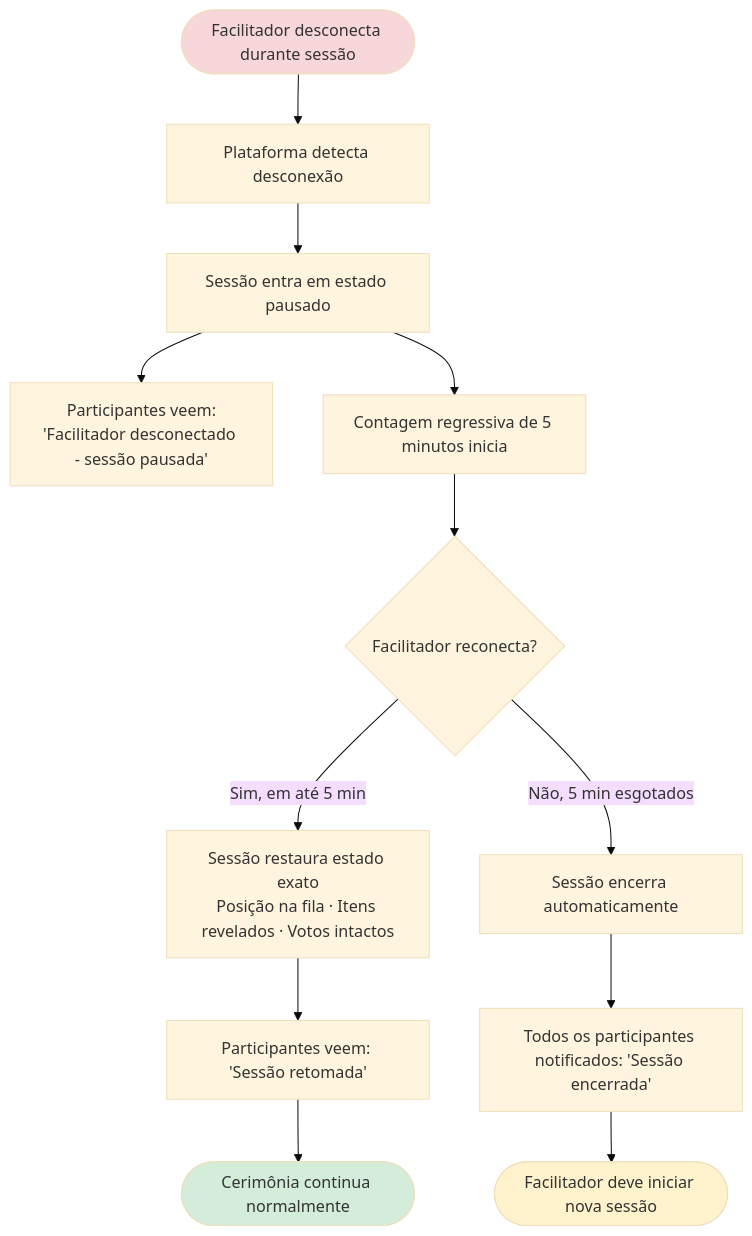
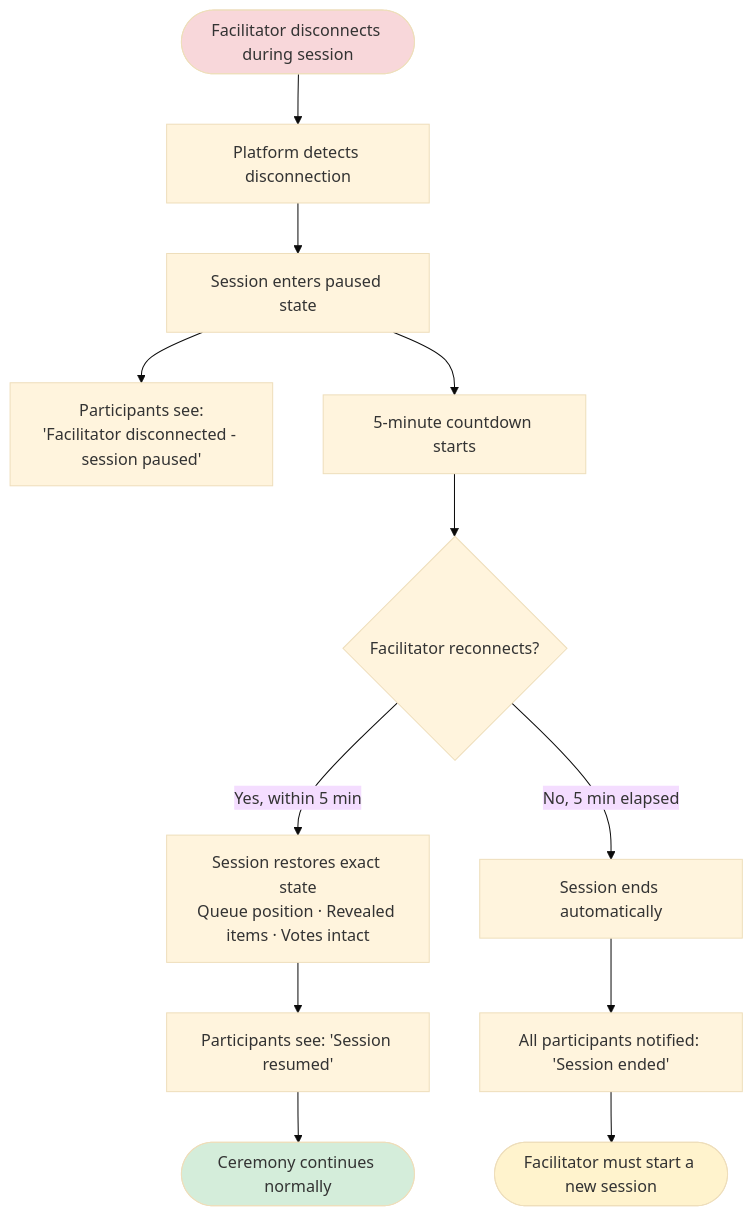
One commit to hugo-hsbtech/teamwork-process changed the fourth of 5 diagrams in docs/use-cases/case-poker/06.1-product-backlog-queue-voting.md. Above: the diagram before and after it, drawn with Mermaid (base theme). The commit also changed other lines of this file and 63 other files, not shown here.

````diff
--- a/docs/use-cases/case-poker/06.1-product-backlog-queue-voting.md
+++ b/docs/use-cases/case-poker/06.1-product-backlog-queue-voting.md
@@ -133,20 +133,20 @@
 ```mermaid
 flowchart TD
-    A([Facilitador desconecta durante sessão]) --> B[Plataforma detecta desconexão]
-    B --> C[Sessão entra em estado pausado]
-    C --> D[Participantes veem:\n'Facilitador desconectado - sessão pausada']
-    C --> E[Contagem regressiva de 5 minutos inicia]
+    A([Facilitator disconnects during session]) --> B[Platform detects disconnection]
+    B --> C[Session enters paused state]
+    C --> D[Participants see:\n'Facilitator disconnected - session paused']
+    C --> E[5-minute countdown starts]
 
-    E --> F{Facilitador reconecta?}
-    F -- Sim, em até 5 min --> G[Sessão restaura estado exato\nPosição na fila · Itens revelados · Votos intactos]
-    G --> H[Participantes veem: 'Sessão retomada']
-    H --> I([Cerimônia continua normalmente])
+    E --> F{Facilitator reconnects?}
+    F -- Yes, within 5 min --> G[Session restores exact state\nQueue position · Revealed items · Votes intact]
+    G --> H[Participants see: 'Session resumed']
+    H --> I([Ceremony continues normally])
 
-    F -- Não, 5 min esgotados --> J[Sessão encerra automaticamente]
-    J --> K[Todos os participantes notificados: 'Sessão encerrada']
-    K --> L([Facilitador deve iniciar nova sessão])
+    F -- No, 5 min elapsed --> J[Session ends automatically]
+    J --> K[All participants notified: 'Session ended']
+    K --> L([Facilitator must start a new session])
 
     style A fill:#f8d7da
     style I fill:#d4edda
     style L fill:#fff3cd
 ```
````
